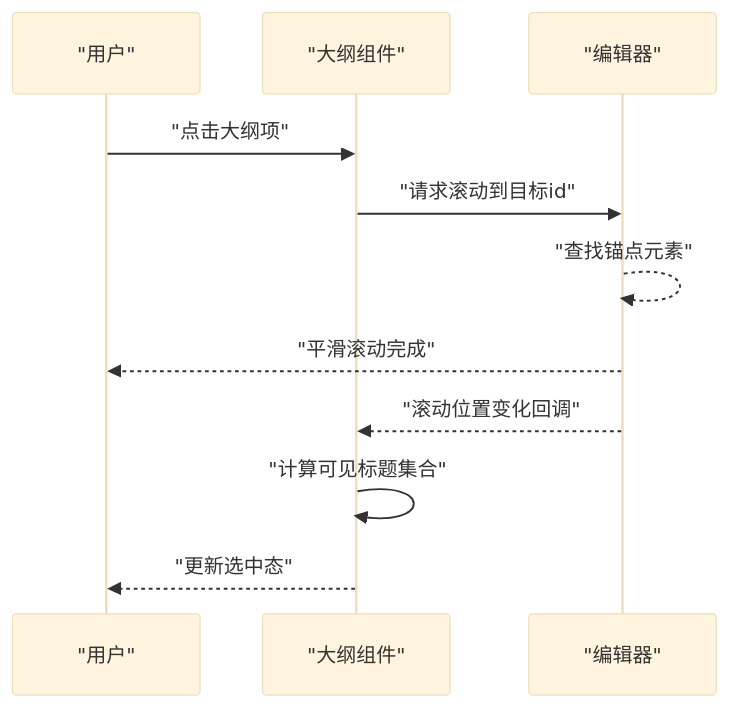
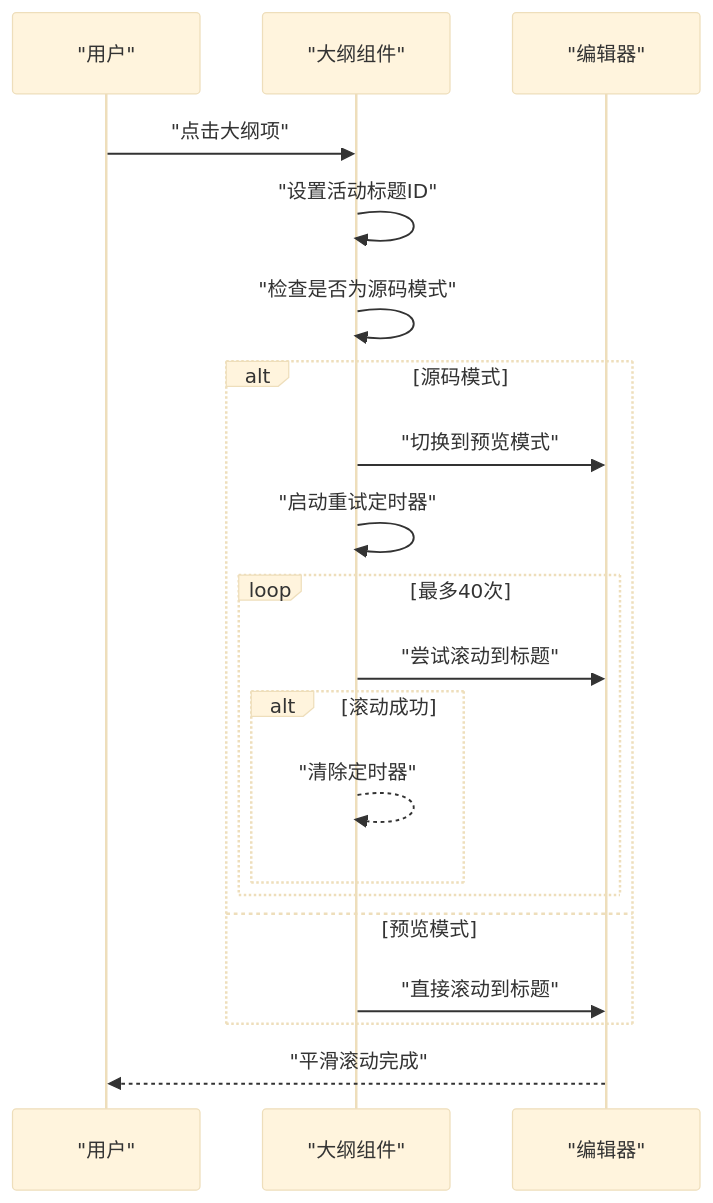
The fifth of 10 diagrams in .qoder/repowiki/zh/content/核心组件/大纲组件.md (gongshiyun/ZenNote), drawn with Mermaid (base theme) before and after one commit. The commit also changed other lines of this file and 88 other files, not shown here.

````diff
--- a/.qoder/repowiki/zh/content/核心组件/大纲组件.md
+++ b/.qoder/repowiki/zh/content/核心组件/大纲组件.md
@@ -132,13 +189,22 @@
 ```mermaid
 sequenceDiagram
 participant U as "用户"
 participant O as "大纲组件"
 participant E as "编辑器"
 U->>O : "点击大纲项"
-O->>E : "请求滚动到目标id"
-E-->>E : "查找锚点元素"
+O->>O : "设置活动标题ID"
+O->>O : "检查是否为源码模式"
+alt 源码模式
+O->>E : "切换到预览模式"
+O->>O : "启动重试定时器"
+loop 最多40次
+O->>E : "尝试滚动到标题"
+alt 滚动成功
+O-->>O : "清除定时器"
+end
+end
+else 预览模式
+O->>E : "直接滚动到标题"
+end
 E-->>U : "平滑滚动完成"
-E-->>O : "滚动位置变化回调"
-O->>O : "计算可见标题集合"
-O-->>U : "更新选中态"
 ```
````
